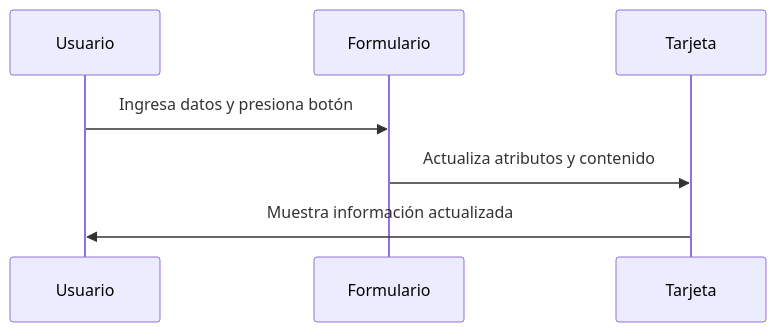
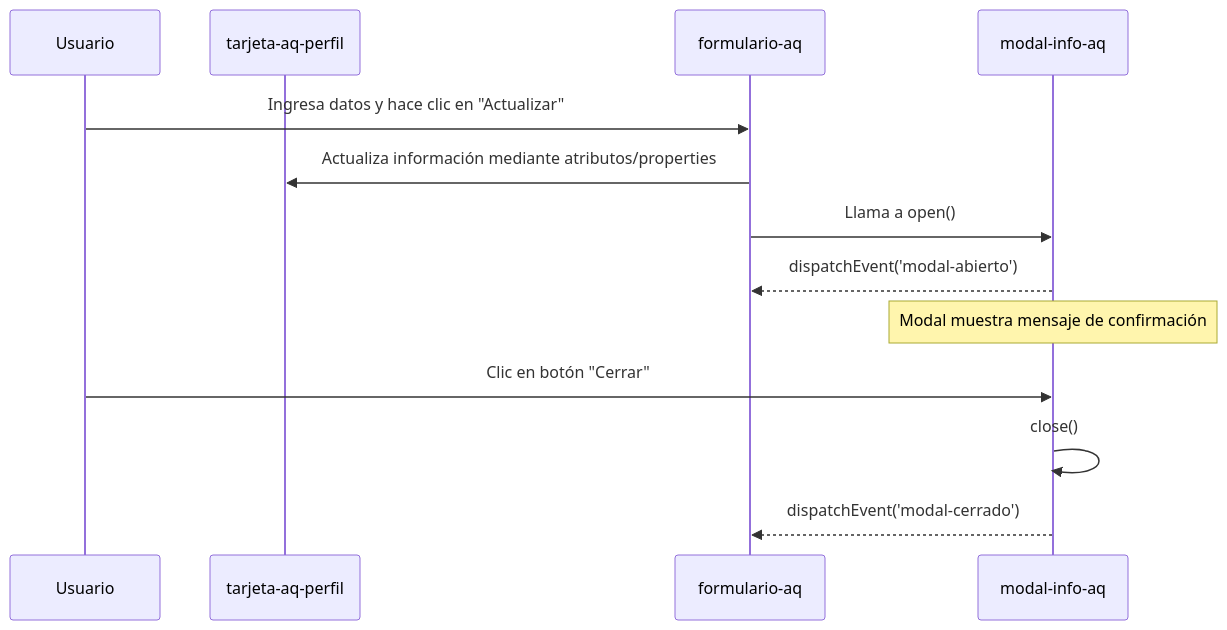
One commit to Alexmig24/web-components_t1_aq changed the diagram in docs/reporte-tecnico.md. Above: the diagram before and after it, drawn with Mermaid. The commit also changed other lines of this file and 4 other files, not shown here.

````diff
--- a/docs/reporte-tecnico.md
+++ b/docs/reporte-tecnico.md
@@ -55,10 +55,18 @@
 ```mermaid
 sequenceDiagram
-  participant Usuario
-  participant Formulario
-  participant Tarjeta
+    participant Usuario
+    participant Tarjeta as tarjeta-aq-perfil
+    participant Formulario as formulario-aq
+    participant Modal as modal-info-aq
 
-  Usuario->>Formulario: Ingresa datos y presiona botón
-  Formulario->>Tarjeta: Actualiza atributos y contenido
-  Tarjeta->>Usuario: Muestra información actualizada
+    Usuario->>Formulario: Ingresa datos y hace clic en "Actualizar"
+    Formulario->>Tarjeta: Actualiza información mediante atributos/properties
+    Formulario->>Modal: Llama a open()
+    Modal-->>Formulario: dispatchEvent('modal-abierto')
+    
+    Note over Modal: Modal muestra mensaje de confirmación
+
+    Usuario->>Modal: Clic en botón "Cerrar"
+    Modal->>Modal: close()
+    Modal-->>Formulario: dispatchEvent('modal-cerrado')
 ```
````
